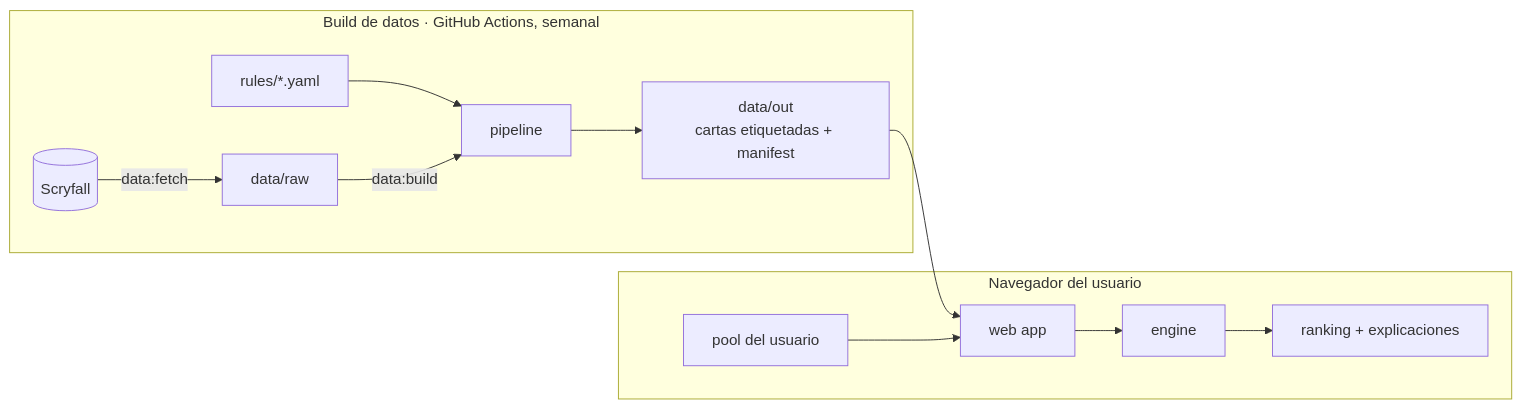
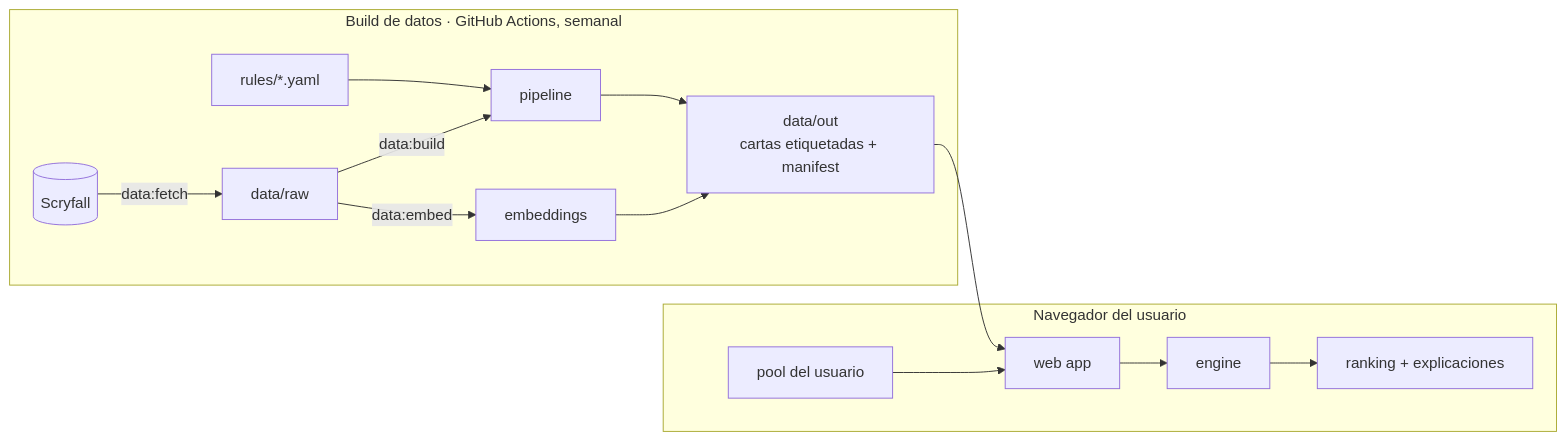
Before and after one commit to marianogd98/recom-tcg: the first of 3 diagrams in docs/arquitectura.md, drawn with Mermaid. The commit also changed other lines of this file and 4 other files, not shown here.

First line of the commit message:
ci, docs: run data:embed weekly and explain the semantic signal

````diff
--- a/docs/arquitectura.md
+++ b/docs/arquitectura.md
@@ -9,15 +9,17 @@
 ```mermaid
 flowchart LR
   subgraph build["Build de datos · GitHub Actions, semanal"]
     S[(Scryfall)] -->|data:fetch| R[data/raw]
     Y[rules/*.yaml] --> P
     R -->|data:build| P[pipeline]
     P --> O[data/out<br/>cartas etiquetadas + manifest]
+    R -->|data:embed| M[embeddings]
+    M --> O
   end
   subgraph browser["Navegador del usuario"]
     O --> W[web app]
     U[pool del usuario] --> W
     W --> E[engine]
     E --> X[ranking + explicaciones]
   end
 ```
````
